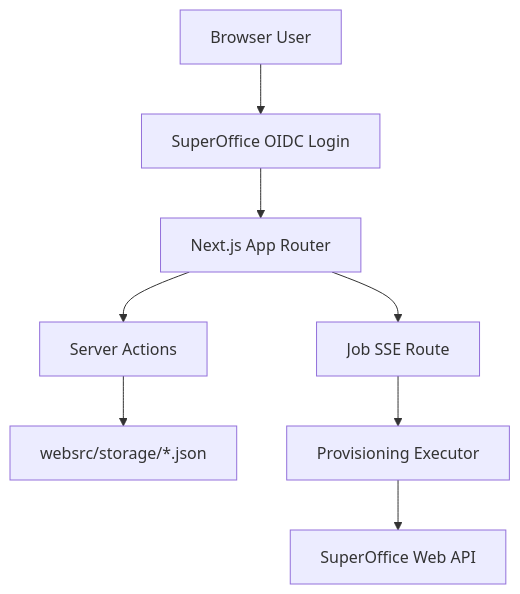
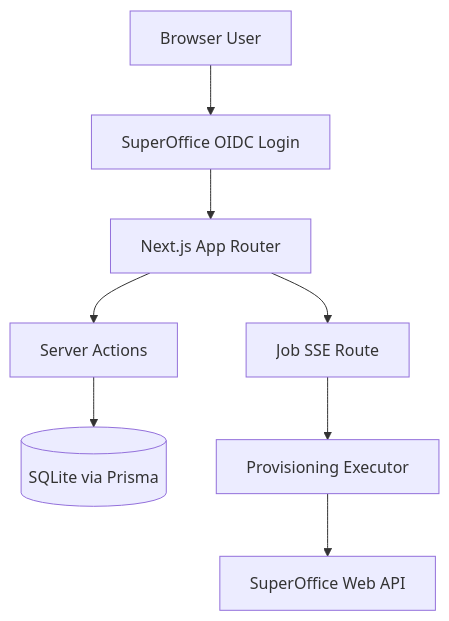
One commit to AnthonyYates/SuperOfficeGenerator changed the diagram in README.md. Above: the diagram before and after it, drawn with Mermaid. The commit also changed other lines of this file and 29 other files, not shown here.

````diff
--- a/README.md
+++ b/README.md
@@ -41,10 +41,10 @@
 ```mermaid
 flowchart TD
    User[Browser User] --> Login[SuperOffice OIDC Login]
    Login --> App[Next.js App Router]
    App --> Actions[Server Actions]
    App --> Stream[Job SSE Route]
-   Actions --> Storage[websrc/storage/*.json]
+   Actions --> DB[(SQLite via Prisma)]
    Stream --> Exec[Provisioning Executor]
    Exec --> SO[SuperOffice Web API]
 ```
````
